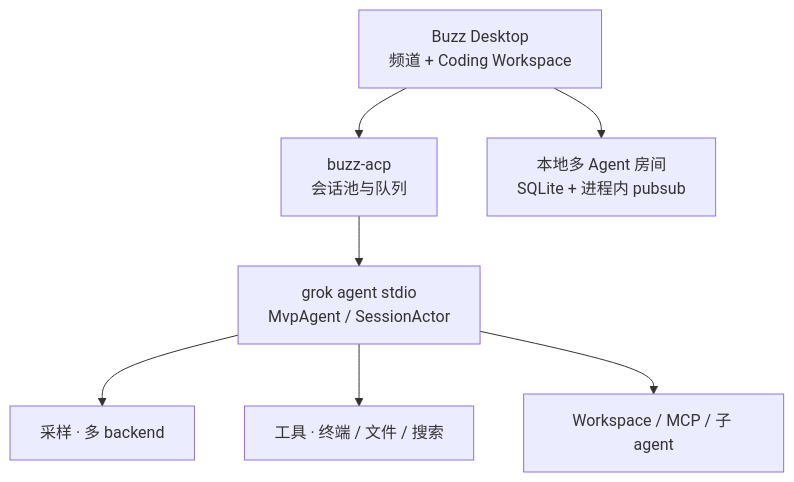
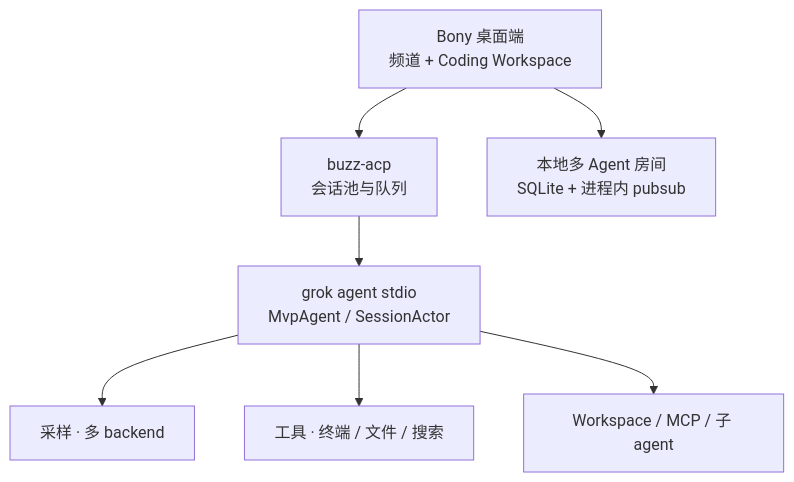
One commit to phuhao00/bony changed the diagram in README.md. Above: the diagram before and after it, drawn with Mermaid. The commit also changed other lines of this file and 17 other files, not shown here.

````diff
--- a/README.md
+++ b/README.md
@@ -183,16 +177,16 @@
 ```mermaid
 flowchart TB
-  UI["Buzz Desktop<br/>频道 + Coding Workspace"]
+  UI["Bony 桌面端<br/>频道 + Coding Workspace"]
   ACP["buzz-acp<br/>会话池与队列"]
   Agent["grok agent stdio<br/>MvpAgent / SessionActor"]
   Sample["采样 · 多 backend"]
   Tools["工具 · 终端 / 文件 / 搜索"]
   WS["Workspace / MCP / 子 agent"]
   Room["本地多 Agent 房间<br/>SQLite + 进程内 pubsub"]
 
   UI --> ACP --> Agent
   Agent --> Sample
   Agent --> Tools
   Agent --> WS
   UI --> Room
 ```
````
